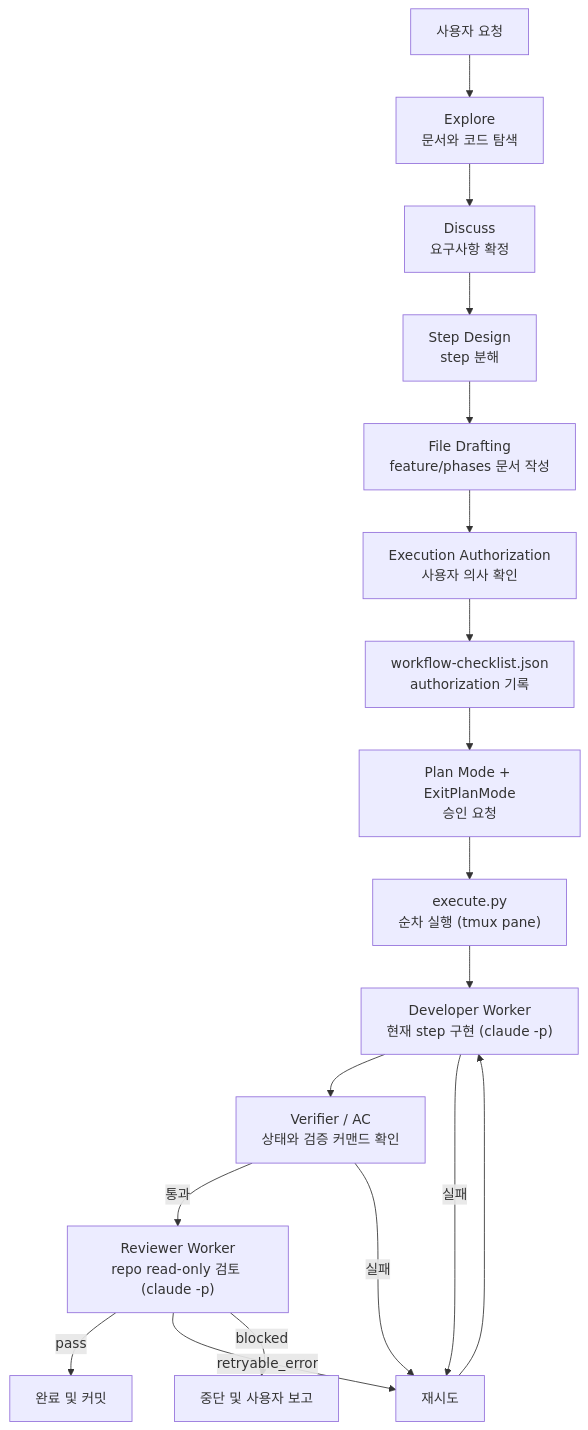
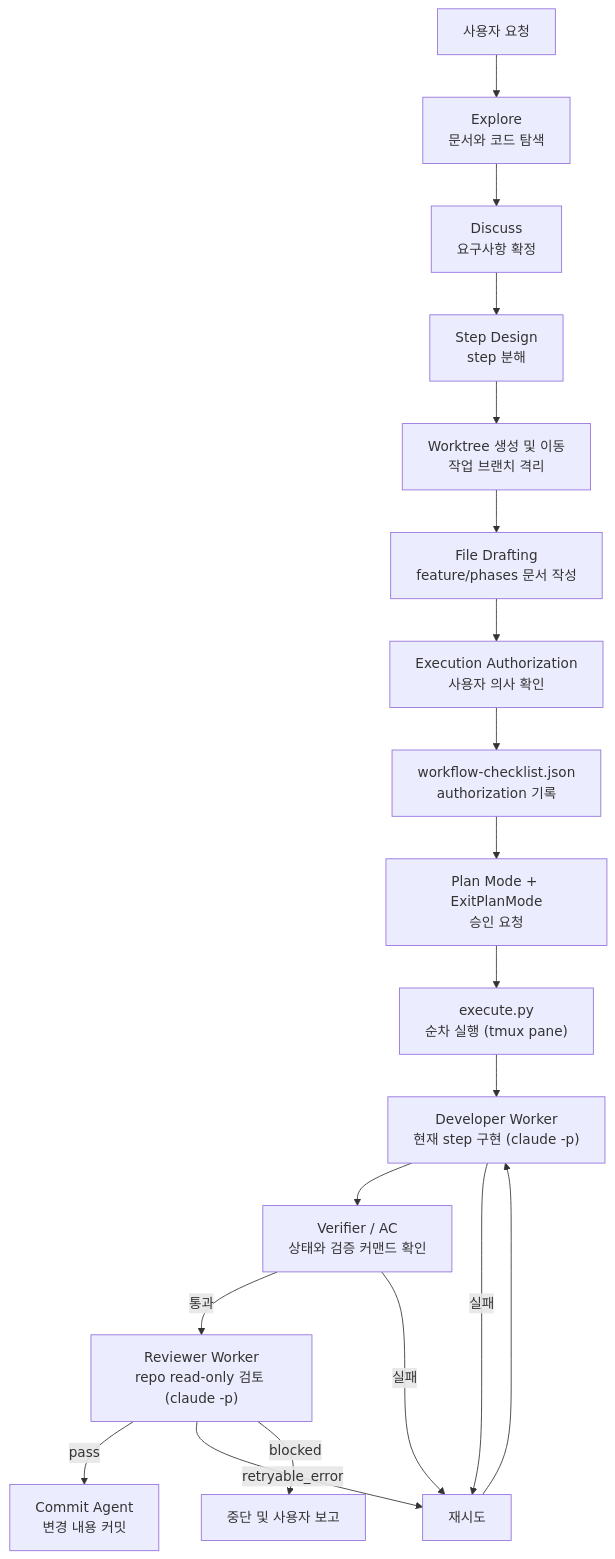
One commit to KimYeonWook511/commerce-backend changed the diagram in docs/claude/skills/harness.md. Above: the diagram before and after it, drawn with Mermaid. The commit also changed other lines of this file and 8 other files, not shown here.

First line of the commit message:
chore: harness commit agent 도입 및 Workflow 개선 (#98)

````diff
--- a/docs/claude/skills/harness.md
+++ b/docs/claude/skills/harness.md
@@ -9,20 +9,21 @@
 ```mermaid
 flowchart TD
     A["사용자 요청"] --> B["Explore<br>문서와 코드 탐색"]
     B --> C["Discuss<br>요구사항 확정"]
     C --> D["Step Design<br>step 분해"]
-    D --> E["File Drafting<br>feature/phases 문서 작성"]
+    D --> W["Worktree 생성 및 이동<br>작업 브랜치 격리"]
+    W --> E["File Drafting<br>feature/phases 문서 작성"]
     E --> M["Execution Authorization<br>사용자 의사 확인"]
     M --> N["workflow-checklist.json<br>authorization 기록"]
     N --> O["Plan Mode + ExitPlanMode<br>승인 요청"]
     O --> F["execute.py<br>순차 실행 (tmux pane)"]
     F --> G["Developer Worker<br>현재 step 구현 (claude -p)"]
     G --> H["Verifier / AC<br>상태와 검증 커맨드 확인"]
     H -->|통과| I["Reviewer Worker<br>repo read-only 검토 (claude -p)"]
     H -->|실패| J["재시도"]
     G -->|실패| J
-    I -->|pass| K["완료 및 커밋"]
+    I -->|pass| K["Commit Agent<br>변경 내용 커밋"]
     I -->|retryable_error| J
     I -->|blocked| L["중단 및 사용자 보고"]
     J --> G
 ```
````
